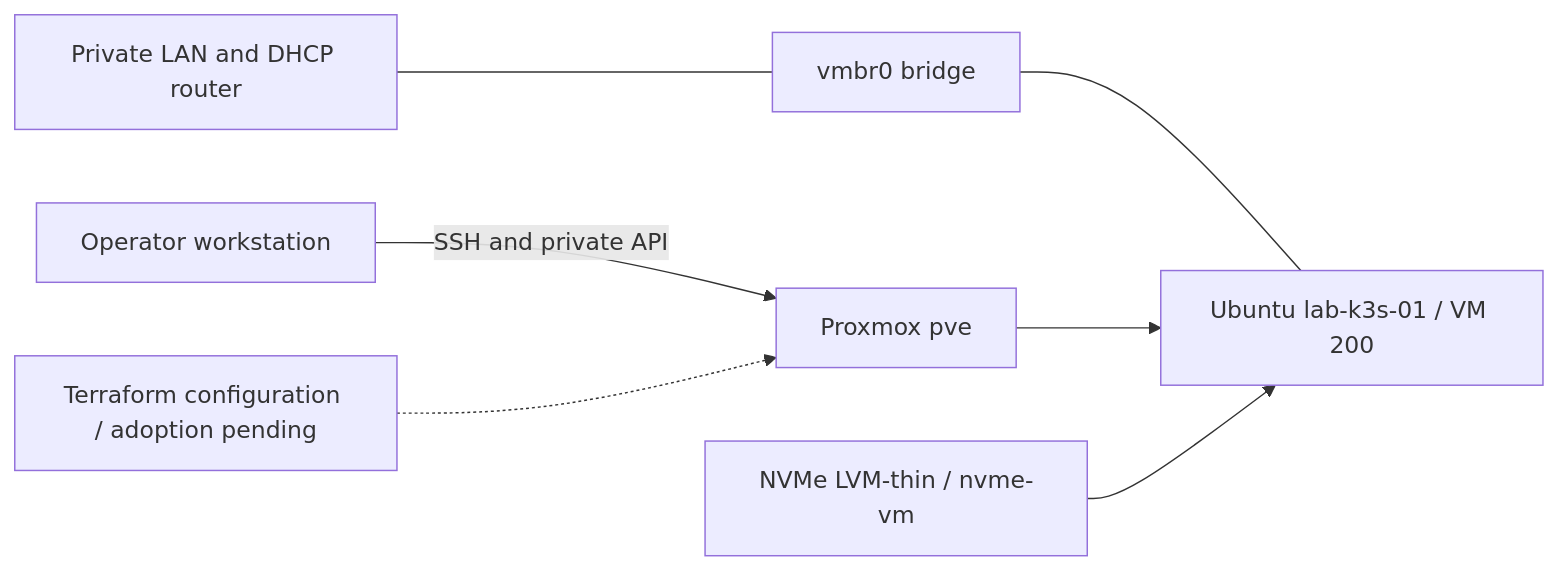
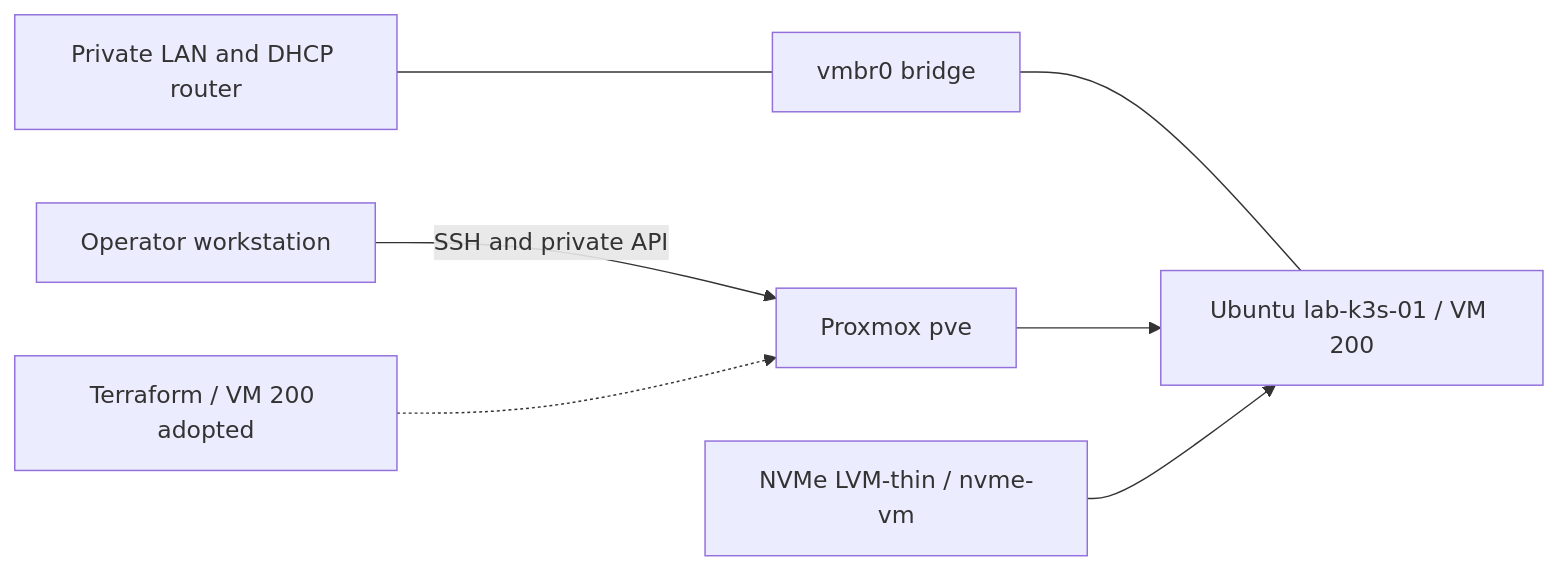
One commit to atasenkeremdev/enterprise-platform-lab changed the diagram in README.md. Above: the diagram before and after it, drawn with Mermaid. The commit also changed other lines of this file and 8 other files, not shown here.

````diff
--- a/README.md
+++ b/README.md
@@ -30,9 +30,9 @@
 ```mermaid
 flowchart LR
     Operator[Operator workstation] -->|SSH and private API| PVE[Proxmox pve]
     LAN[Private LAN and DHCP router] --- Bridge[vmbr0 bridge]
     Bridge --- VM[Ubuntu lab-k3s-01 / VM 200]
     PVE --> VM
     NVMe[NVMe LVM-thin / nvme-vm] --> VM
-    TF[Terraform configuration / adoption pending] -.-> PVE
+    TF[Terraform / VM 200 adopted] -.-> PVE
 ```
````
